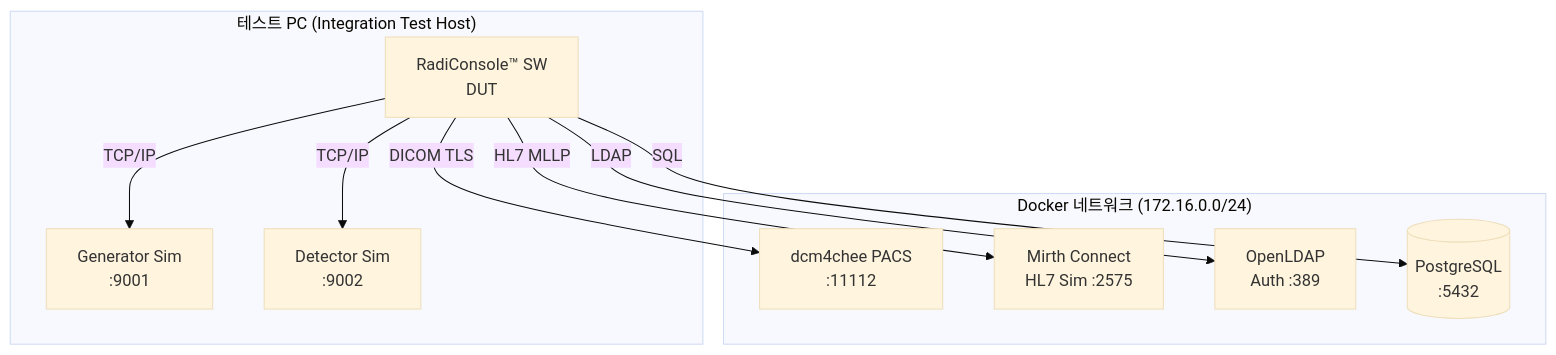
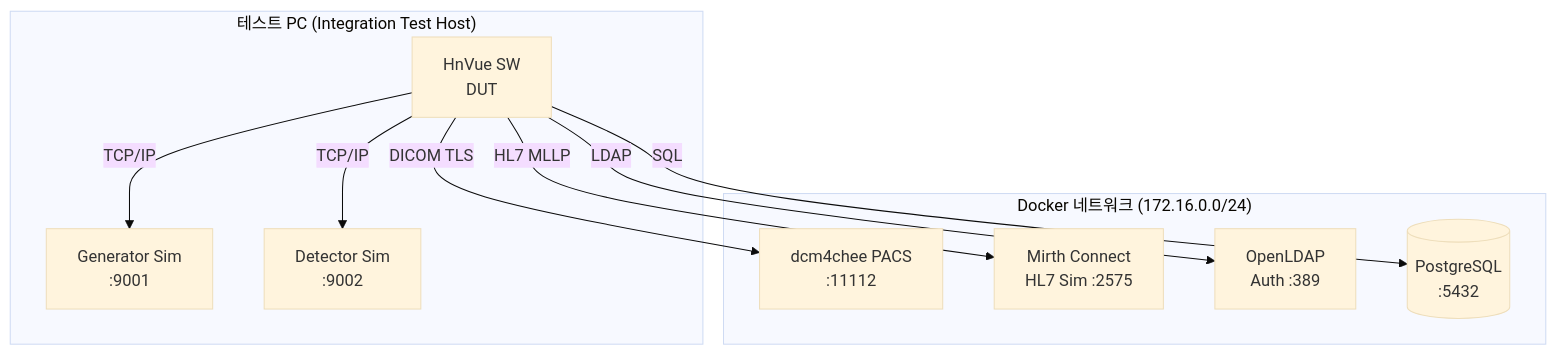
The fifth of 5 diagrams in docs/testing/DOC-013_IntegTestPlan_v1.0.md (holee9/console-gui), drawn with Mermaid (base theme) before and after one commit. The commit also changed other lines of this file and 40 other files, not shown here.

````diff
--- a/docs/testing/DOC-013_IntegTestPlan_v1.0.md
+++ b/docs/testing/DOC-013_IntegTestPlan_v1.0.md
@@ -371,20 +371,20 @@
 ```mermaid
 graph TD
     subgraph "테스트 PC (Integration Test Host)"
-        RC[RadiConsole™ SW\nDUT]
+        RC[HnVue SW\nDUT]
         GS[Generator Sim\n:9001]
         DS[Detector Sim\n:9002]
     end
     subgraph "Docker 네트워크 (172.16.0.0/24)"
         PACS[dcm4chee PACS\n:11112]
         HL7[Mirth Connect\nHL7 Sim :2575]
         LDAP[OpenLDAP\nAuth :389]
         DB[(PostgreSQL\n:5432)]
     end
     RC -->|TCP/IP| GS
     RC -->|TCP/IP| DS
     RC -->|DICOM TLS| PACS
     RC -->|HL7 MLLP| HL7
     RC -->|LDAP| LDAP
     RC -->|SQL| DB
 ```
````
